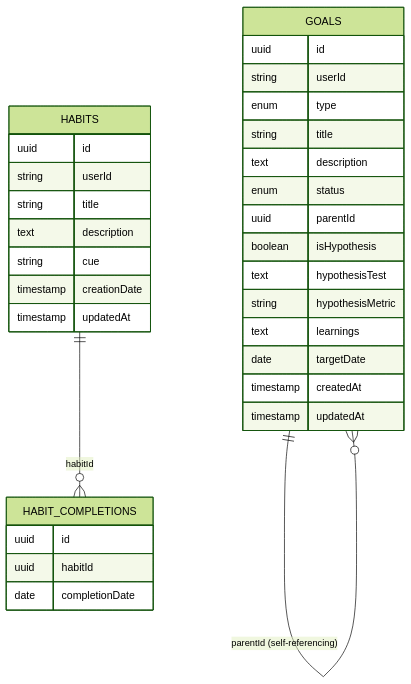
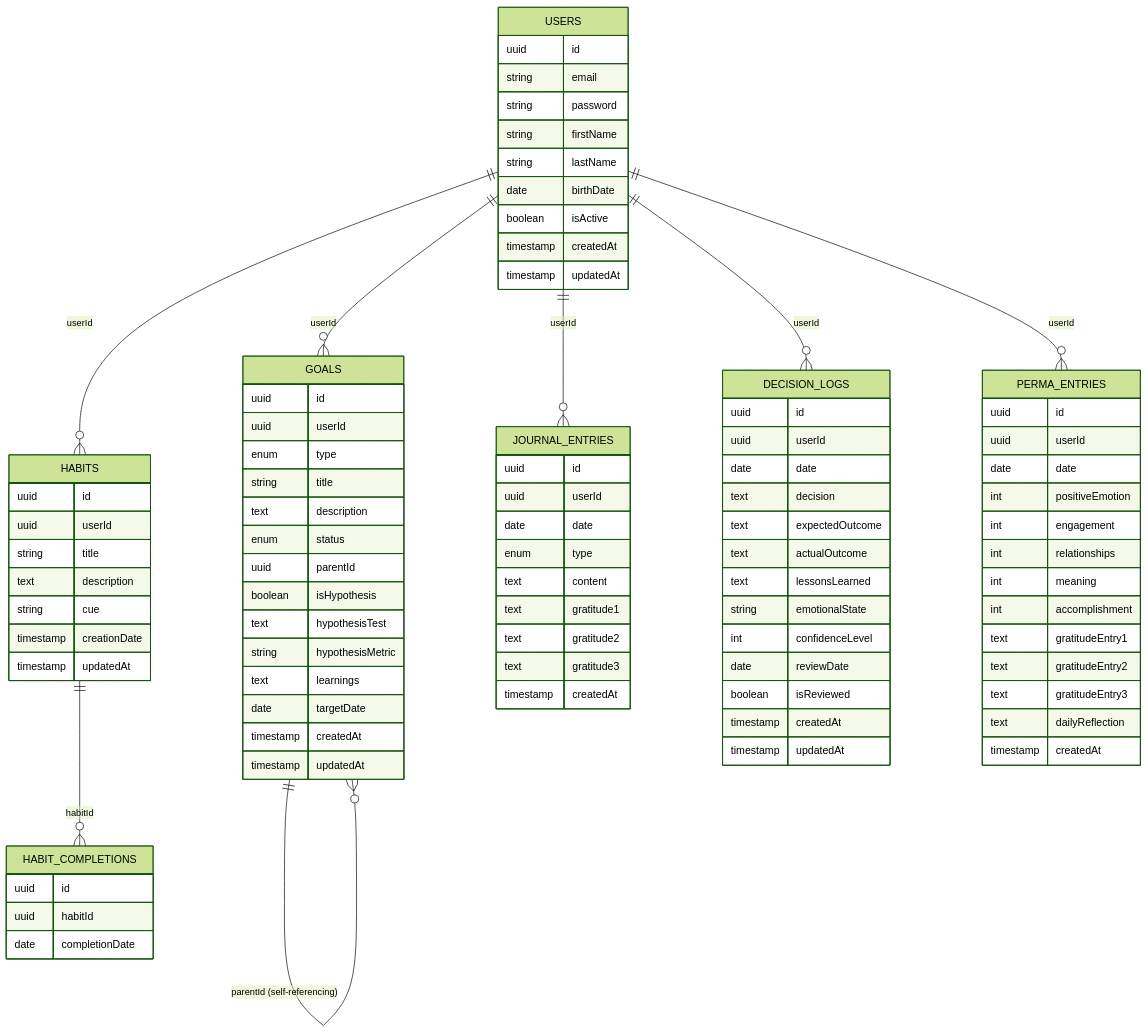
The second of 2 diagrams in COMPLETE_ARCHITECTURE_OVERVIEW.md (oncorphinchus/founders-codex), drawn with Mermaid (forest theme) before and after one commit. The commit also changed other lines of this file and 45 other files, not shown here.

````diff
--- a/COMPLETE_ARCHITECTURE_OVERVIEW.md
+++ b/COMPLETE_ARCHITECTURE_OVERVIEW.md
@@ -227,8 +269,20 @@
 ```mermaid
 erDiagram
+    USERS {
+        uuid id
+        string email
+        string password
+        string firstName
+        string lastName
+        date birthDate
+        boolean isActive
+        timestamp createdAt
+        timestamp updatedAt
+    }
+    
     GOALS {
         uuid id
-        string userId
+        uuid userId
         enum type
         string title
         text description
@@ -245,7 +299,7 @@
     
     HABITS {
         uuid id
-        string userId
+        uuid userId
         string title
         text description
         string cue
@@ -259,6 +313,55 @@
         date completionDate
     }
     
+    JOURNAL_ENTRIES {
+        uuid id
+        uuid userId
+        date date
+        enum type
+        text content
+        text gratitude1
+        text gratitude2
+        text gratitude3
+        timestamp createdAt
+    }
+    
+    DECISION_LOGS {
+        uuid id
+        uuid userId
+        date date
+        text decision
+        text expectedOutcome
+        text actualOutcome
+        text lessonsLearned
+        string emotionalState
+        int confidenceLevel
+        date reviewDate
+        boolean isReviewed
+        timestamp createdAt
+        timestamp updatedAt
+    }
+    
+    PERMA_ENTRIES {
+        uuid id
+        uuid userId
+        date date
+        int positiveEmotion
+        int engagement
+        int relationships
+        int meaning
+        int accomplishment
+        text gratitudeEntry1
+        text gratitudeEntry2
+        text gratitudeEntry3
+        text dailyReflection
+        timestamp createdAt
+    }
+    
+    USERS ||--o{ GOALS : "userId"
+    USERS ||--o{ HABITS : "userId"
+    USERS ||--o{ JOURNAL_ENTRIES : "userId"
+    USERS ||--o{ DECISION_LOGS : "userId"
+    USERS ||--o{ PERMA_ENTRIES : "userId"
     GOALS ||--o{ GOALS : "parentId (self-referencing)"
     HABITS ||--o{ HABIT_COMPLETIONS : "habitId"
 ```
````
